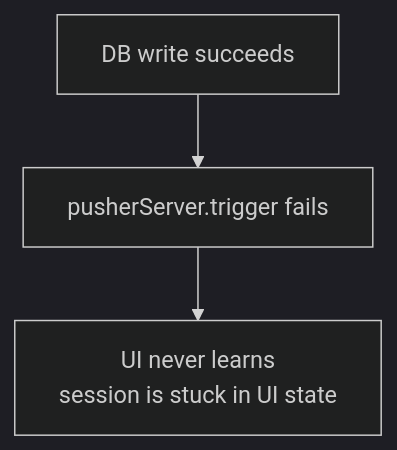
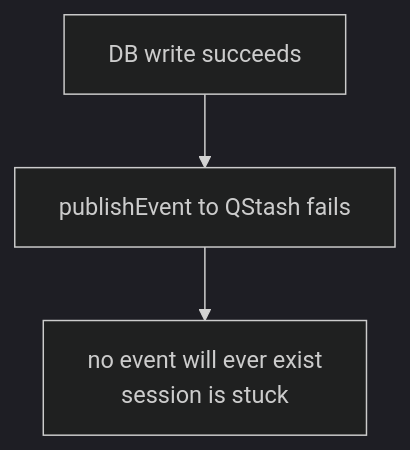
The fourth of 6 diagrams in forge/docs/architecture/agent/roadmap.md (Mayur11code/Forge), drawn with Mermaid (dark theme) before and after one commit. The commit also changed other lines of this file and 1 other file, not shown here.

````diff
--- a/forge/docs/architecture/agent/roadmap.md
+++ b/forge/docs/architecture/agent/roadmap.md
@@ -343,5 +355,5 @@
 ```mermaid
 flowchart TD
-    A[DB write succeeds] --> B[pusherServer.trigger fails]
-    B --> C[UI never learns<br/>session is stuck in UI state]
+    A[DB write succeeds] --> B[publishEvent to QStash fails]
+    B --> C[no event will ever exist<br/>session is stuck]
 ```
````
